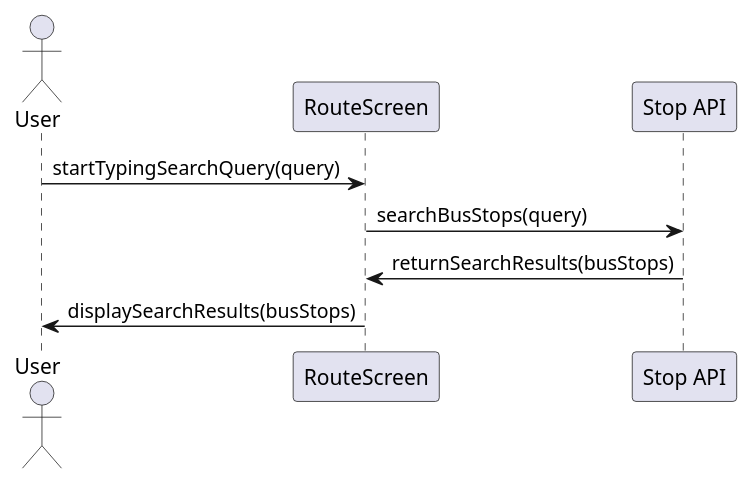
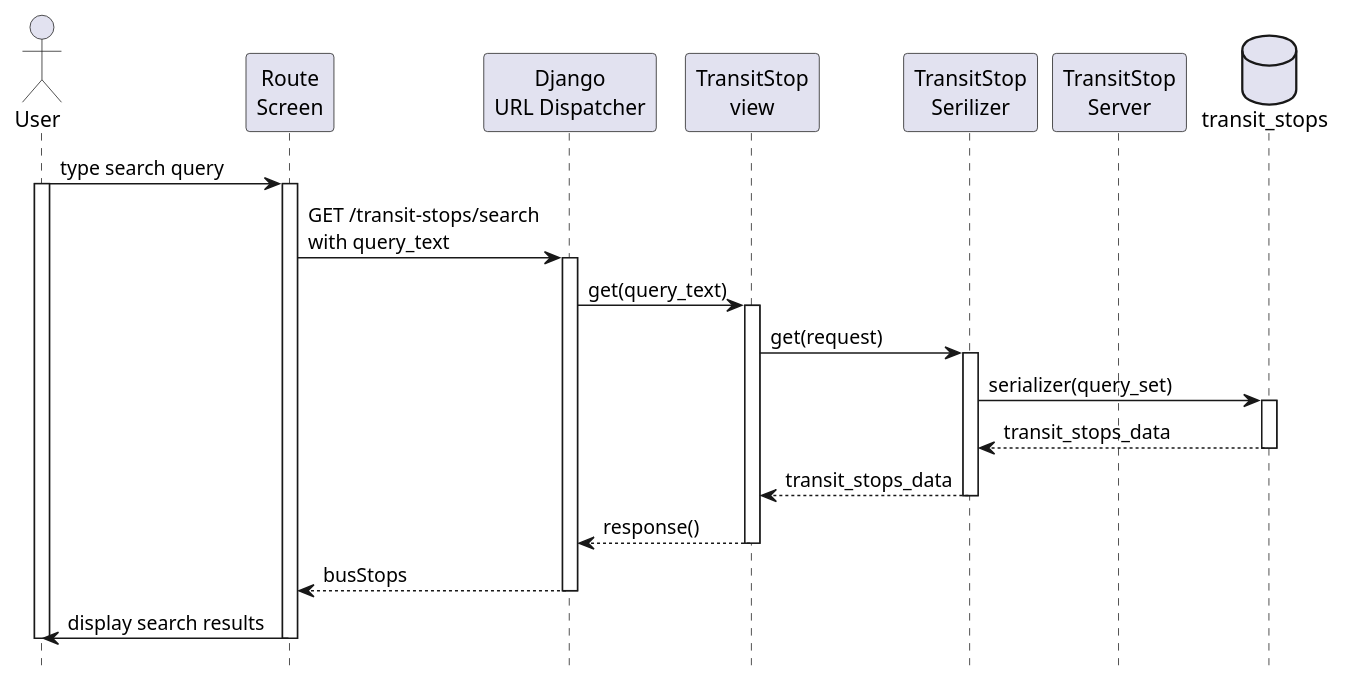
One commit to KMITL-BusBuddy/diagram changed the diagram in search_route/search_stop_on_route.puml. Above: the diagram before and after it, drawn with PlantUML. The commit also changed 11 other files, not shown here.

Commit message:
update last diagram

```diff
--- a/search_route/search_stop_on_route.puml
+++ b/search_route/search_stop_on_route.puml
@@ -1,12 +1,43 @@
-@startuml
+@startuml PlanPage - Part: search transit stops
+
+hide footbox
 
 actor User
-participant RouteScreen
-participant "Stop API" as StopAPI
 
-User -> RouteScreen : startTypingSearchQuery(query)
-RouteScreen -> StopAPI : searchBusStops(query)
-StopAPI -> RouteScreen : returnSearchResults(busStops)
-RouteScreen -> User : displaySearchResults(busStops)
+participant "Route\nScreen" as RouteScreen
+
+participant "Django\nURL Dispatcher" as API
+participant "TransitStop\nview" as view
+participant "TransitStop\nSerilizer" as serializer
+participant "TransitStop\nServer" as server
+database "transit_stops" as table
+
+
+User -> RouteScreen : type search query
+activate User
+activate RouteScreen
+RouteScreen -> API : GET /transit-stops/search \nwith query_text
+activate API
+
+' API Call
+API -> view: get(query_text)
+activate view
+view -> serializer: get(request)
+activate serializer
+serializer -> table: serializer(query_set)
+activate table
+table --> serializer: transit_stops_data
+deactivate table
+serializer --> view: transit_stops_data
+deactivate serializer
+view --> API: response()
+deactivate view
+
+' Display Search Results
+API --> RouteScreen : busStops
+deactivate API
+RouteScreen -> User : display search results
+deactivate RouteScreen
+deactivate User
 
 @enduml
```
